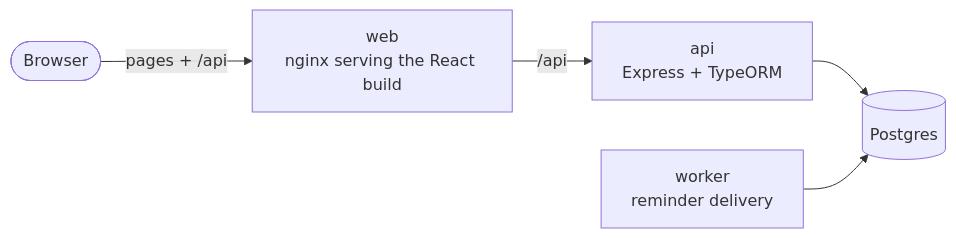
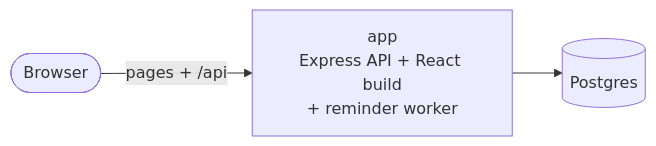
One commit to akash-019/thought changed the diagram in README.md. Above: the diagram before and after it, drawn with Mermaid. The commit also changed other lines of this file and 16 other files, not shown here.

````diff
--- a/README.md
+++ b/README.md
@@ -132,7 +125,5 @@
 ```mermaid
 flowchart LR
-  browser([Browser]) -->|pages + /api| web[web<br/>nginx serving the React build]
-  web -->|/api| api[api<br/>Express + TypeORM]
-  api --> db[(Postgres)]
-  worker[worker<br/>reminder delivery] --> db
+  browser([Browser]) -->|pages + /api| app[app<br/>Express API + React build<br/>+ reminder worker]
+  app --> db[(Postgres)]
 ```
````
